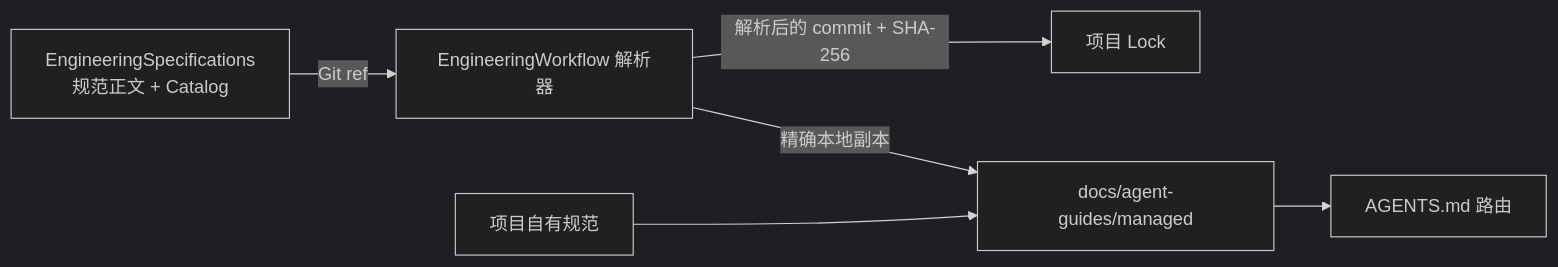
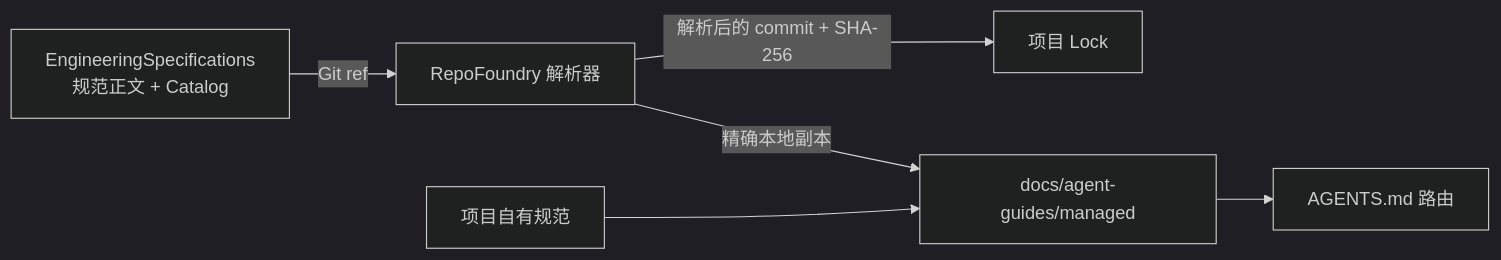
The diagram in README.zh-CN.md (XiaoWeiKIN/EngineeringSpecifications), drawn with Mermaid (dark theme) before and after one commit. The commit also changed other lines of this file and 10 other files, not shown here.

````diff
--- a/README.zh-CN.md
+++ b/README.zh-CN.md
@@ -11,8 +11,8 @@
 ```mermaid
 flowchart LR
-    S["EngineeringSpecifications<br/>规范正文 + Catalog"] -->|"Git ref"| W["EngineeringWorkflow 解析器"]
+    S["EngineeringSpecifications<br/>规范正文 + Catalog"] -->|"Git ref"| W["RepoFoundry 解析器"]
     W -->|"解析后的 commit + SHA-256"| L["项目 Lock"]
     W -->|"精确本地副本"| M["docs/agent-guides/managed"]
     P["项目自有规范"] --> M
     M --> A["AGENTS.md 路由"]
 ```
````
